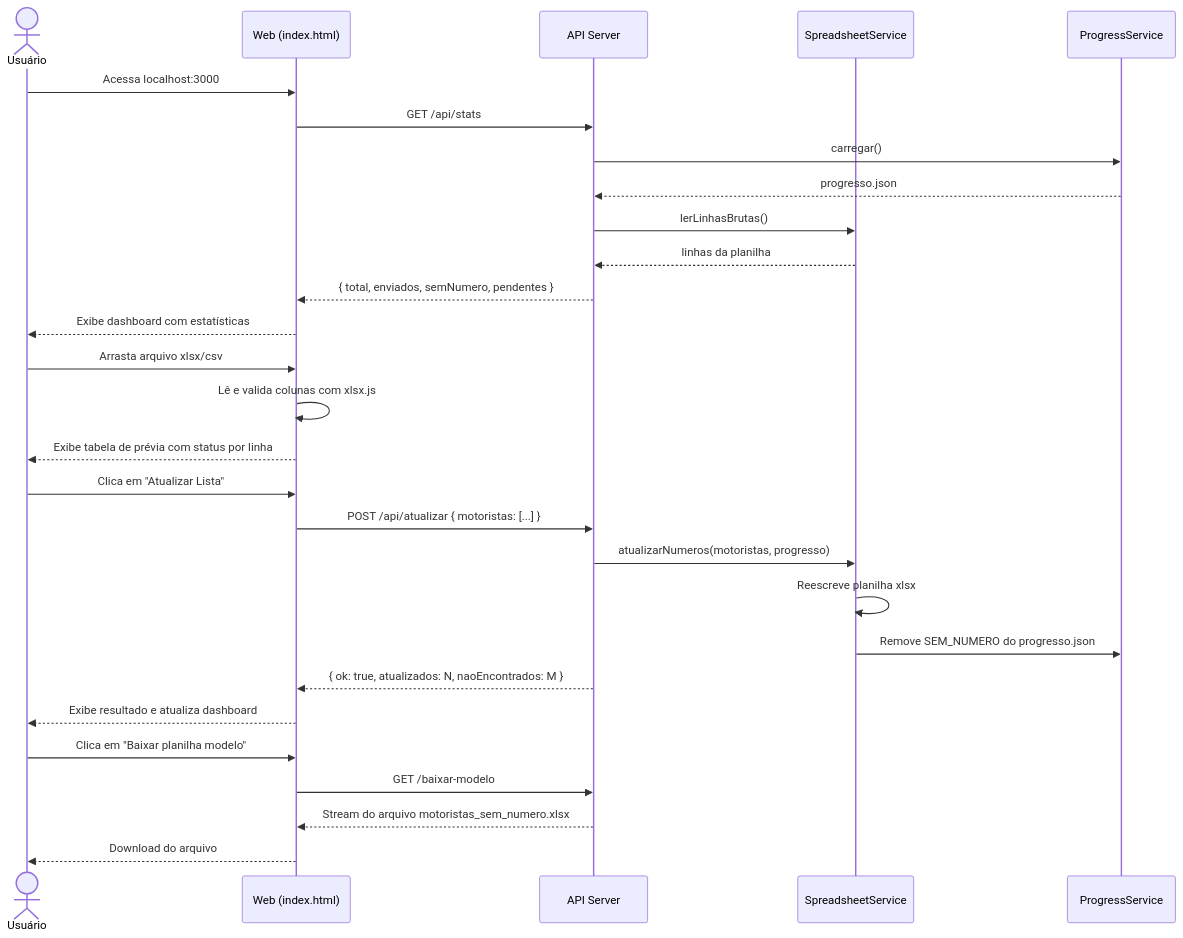
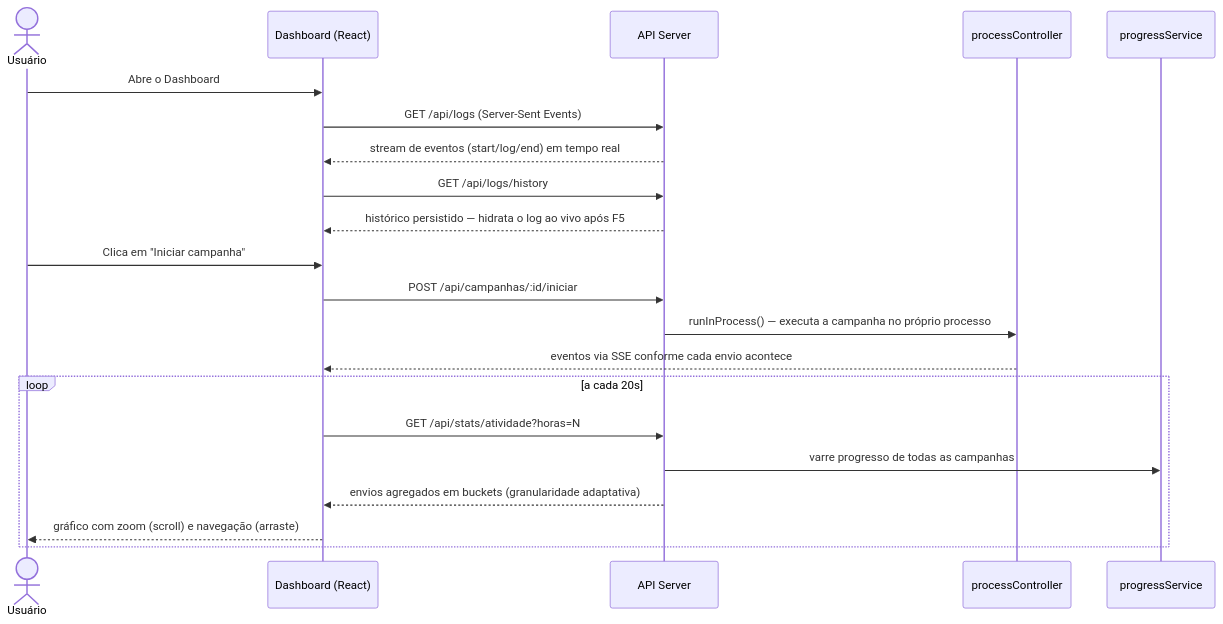
One commit to luc118i/bot-whats changed the third of 3 diagrams in docs/ARCHITECTURE.md. Above: the diagram before and after it, drawn with Mermaid. The commit also changed other lines of this file and 1 other file, not shown here.

First line of the commit message:
Atualiza README e diagramas de arquitetura para refletir o sistema atual

````diff
--- a/docs/ARCHITECTURE.md
+++ b/docs/ARCHITECTURE.md
@@ -92,34 +94,26 @@
 ```mermaid
 sequenceDiagram
   actor U as Usuário
-  participant W as Web (index.html)
+  participant D as Dashboard (React)
   participant S as API Server
-  participant SP as SpreadsheetService
-  participant PR as ProgressService
+  participant PC as processController
+  participant PR as progressService
 
-  U->>W: Acessa localhost:3000
-  W->>S: GET /api/stats
-  S->>PR: carregar()
-  PR-->>S: progresso.json
-  S->>SP: lerLinhasBrutas()
-  SP-->>S: linhas da planilha
-  S-->>W: { total, enviados, semNumero, pendentes }
-  W-->>U: Exibe dashboard com estatísticas
+  U->>D: Abre o Dashboard
+  D->>S: GET /api/logs (Server-Sent Events)
+  S-->>D: stream de eventos (start/log/end) em tempo real
+  D->>S: GET /api/logs/history
+  S-->>D: histórico persistido — hidrata o log ao vivo após F5
 
-  U->>W: Arrasta arquivo xlsx/csv
-  W->>W: Lê e valida colunas com xlsx.js
-  W-->>U: Exibe tabela de prévia com status por linha
+  U->>D: Clica em "Iniciar campanha"
+  D->>S: POST /api/campanhas/:id/iniciar
+  S->>PC: runInProcess() — executa a campanha no próprio processo
+  PC-->>D: eventos via SSE conforme cada envio acontece
 
-  U->>W: Clica em "Atualizar Lista"
-  W->>S: POST /api/atualizar { motoristas: [...] }
-  S->>SP: atualizarNumeros(motoristas, progresso)
-  SP->>SP: Reescreve planilha xlsx
-  SP->>PR: Remove SEM_NUMERO do progresso.json
-  S-->>W: { ok: true, atualizados: N, naoEncontrados: M }
-  W-->>U: Exibe resultado e atualiza dashboard
-
-  U->>W: Clica em "Baixar planilha modelo"
-  W->>S: GET /baixar-modelo
-  S-->>W: Stream do arquivo motoristas_sem_numero.xlsx
-  W-->>U: Download do arquivo
+  loop a cada 20s
+    D->>S: GET /api/stats/atividade?horas=N
+    S->>PR: varre progresso de todas as campanhas
+    S-->>D: envios agregados em buckets (granularidade adaptativa)
+    D-->>U: gráfico com zoom (scroll) e navegação (arraste)
+  end
 ```
````
